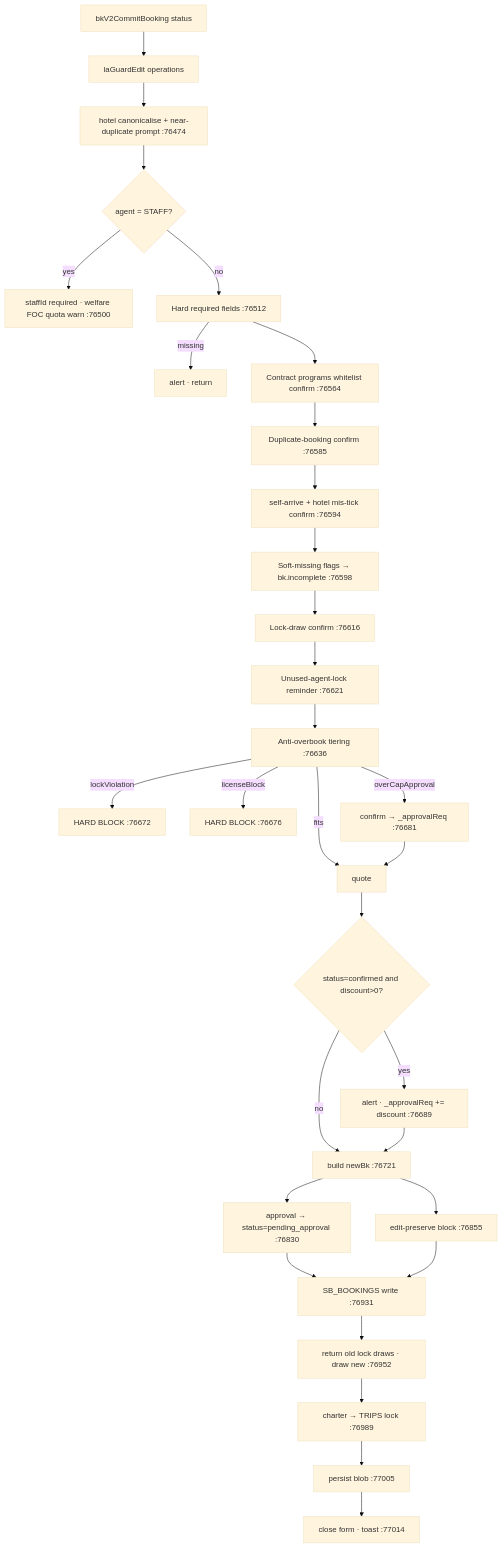
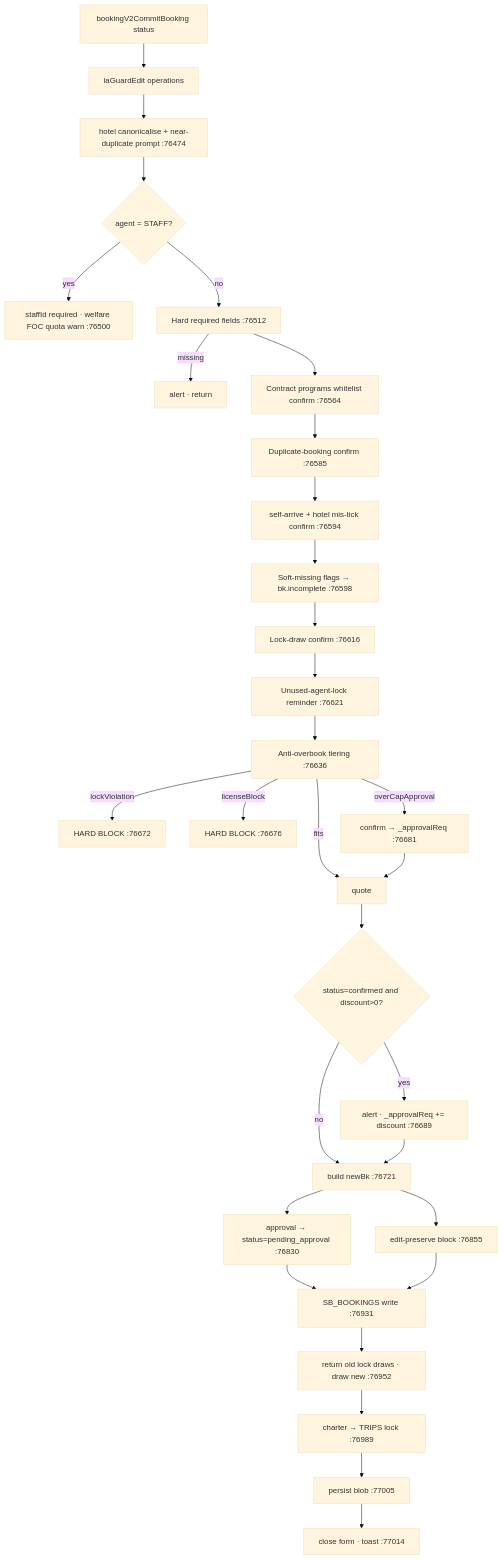
Before and after one commit to digitalmkt-bbot/LOVE_Andaman_Workspace: the first of 2 diagrams in allotment_v2/docs/workflows/01-booking-lifecycle.md, drawn with Mermaid (base theme). The commit also changed other lines of this file and 560 other files, not shown here.

````diff
--- a/allotment_v2/docs/workflows/01-booking-lifecycle.md
+++ b/allotment_v2/docs/workflows/01-booking-lifecycle.md
@@ -84,33 +84,33 @@
 ```mermaid
 flowchart TD
-  A[bkV2CommitBooking status] --> B[laGuardEdit operations]
+  A[bookingV2CommitBooking status] --> B[laGuardEdit operations]
   B --> C[hotel canonicalise + near-duplicate prompt :76474]
   C --> D{agent = STAFF?}
   D -- yes --> D1[staffId required · welfare FOC quota warn :76500]
   D -- no --> E[Hard required fields :76512]
   E -->|missing| EX1[alert · return]
   E --> F[Contract programs whitelist confirm :76564]
   F --> G[Duplicate-booking confirm :76585]
   G --> H[self-arrive + hotel mis-tick confirm :76594]
   H --> I[Soft-missing flags → bk.incomplete :76598]
   I --> J[Lock-draw confirm :76616]
   J --> K[Unused-agent-lock reminder :76621]
   K --> L[Anti-overbook tiering :76636]
   L -->|lockViolation| EX2[HARD BLOCK :76672]
   L -->|licenseBlock| EX3[HARD BLOCK :76676]
   L -->|overCapApproval| M[confirm → _approvalReq :76681]
   L -->|fits| N[quote]
   M --> N
   N --> O{status=confirmed and discount>0?}
   O -- yes --> P[alert · _approvalReq += discount :76689]
   O -- no --> Q[build newBk :76721]
   P --> Q
   Q --> R[approval → status=pending_approval :76830]
   Q --> S[edit-preserve block :76855]
   R --> T[SB_BOOKINGS write :76931]
   S --> T
   T --> U[return old lock draws · draw new :76952]
   U --> V[charter → TRIPS lock :76989]
   V --> W[persist blob :77005]
   W --> X[close form · toast :77014]
 ```
````
